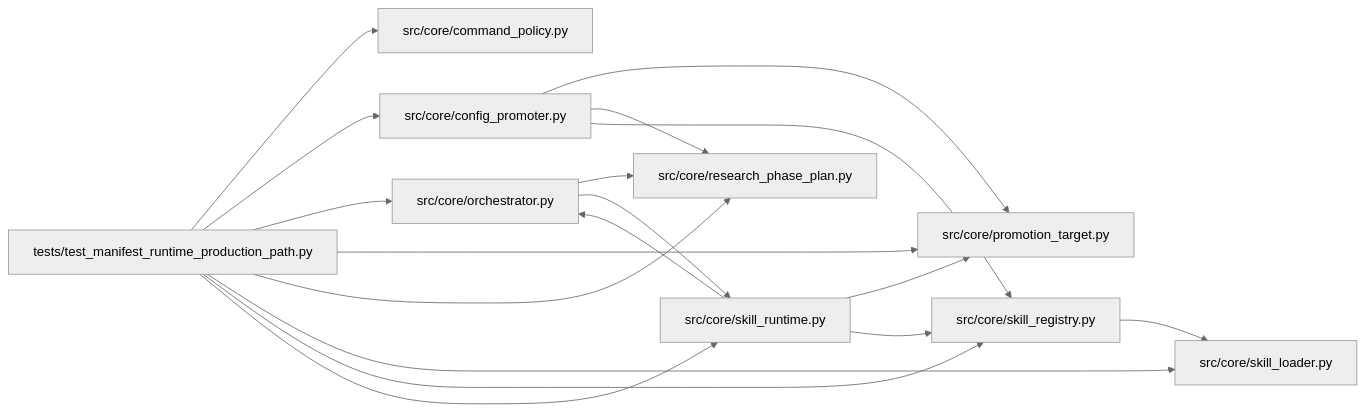
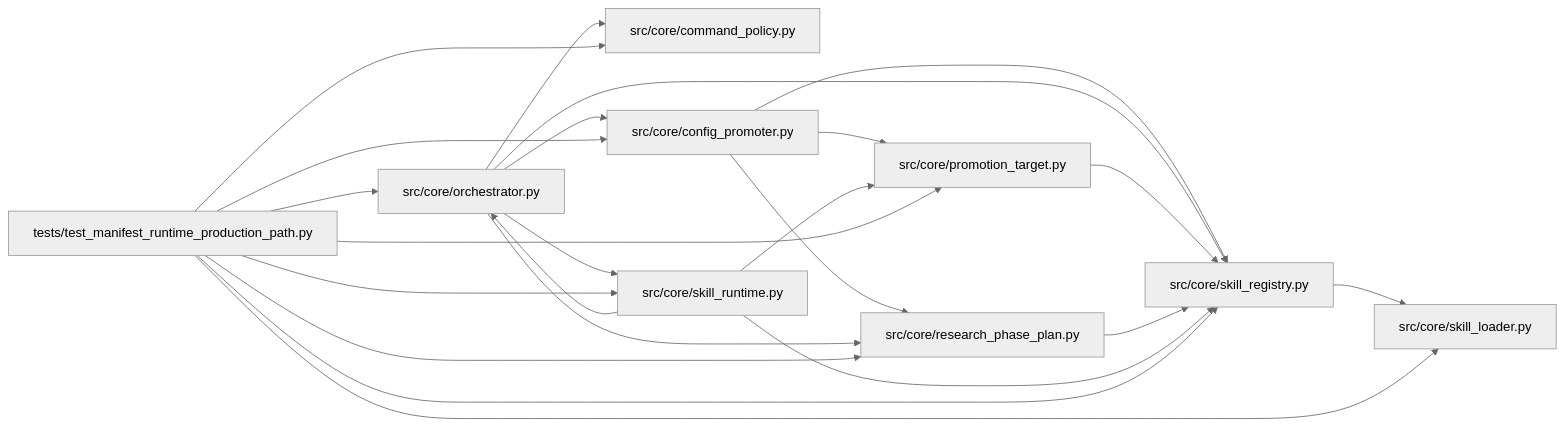
One commit to Denissvgn/autoresearch-agent changed the diagram in docs/llm_wiki/modules/test_manifest_runtime_production_path.md. Above: the diagram before and after it, drawn with Mermaid (neutral theme). The commit also changed other lines of this file and 1033 other files, not shown here.

````diff
--- a/docs/llm_wiki/modules/test_manifest_runtime_production_path.md
+++ b/docs/llm_wiki/modules/test_manifest_runtime_production_path.md
@@ -60,38 +60,43 @@
 ```mermaid
 flowchart LR
     n0["src/core/command_policy.py"]
     n1["src/core/config_promoter.py"]
     n2["src/core/orchestrator.py"]
     n3["src/core/promotion_target.py"]
     n4["src/core/research_phase_plan.py"]
     n5["src/core/skill_loader.py"]
     n6["src/core/skill_registry.py"]
     n7["src/core/skill_runtime.py"]
     n8["tests/test_manifest_runtime_production_path.py"]
     n1 --> n3
     n1 --> n4
     n1 --> n6
+    n2 --> n0
+    n2 --> n1
     n2 --> n4
+    n2 --> n6
     n2 --> n7
+    n3 --> n6
+    n4 --> n6
     n6 --> n5
     n7 --> n2
     n7 --> n3
     n7 --> n6
     n8 --> n0
     n8 --> n1
     n8 --> n2
     n8 --> n3
     n8 --> n4
     n8 --> n5
     n8 --> n6
     n8 --> n7
     click n0 "../modules/command_policy.md"
     click n1 "../modules/config_promoter.md"
     click n2 "../modules/orchestrator.md"
     click n3 "../modules/promotion_target.md"
     click n4 "../modules/research_phase_plan.md"
     click n5 "../modules/skill_loader.md"
     click n6 "../modules/skill_registry.md"
     click n7 "../modules/skill_runtime.md"
     click n8 "../modules/test_manifest_runtime_production_path.md"
 ```
````
